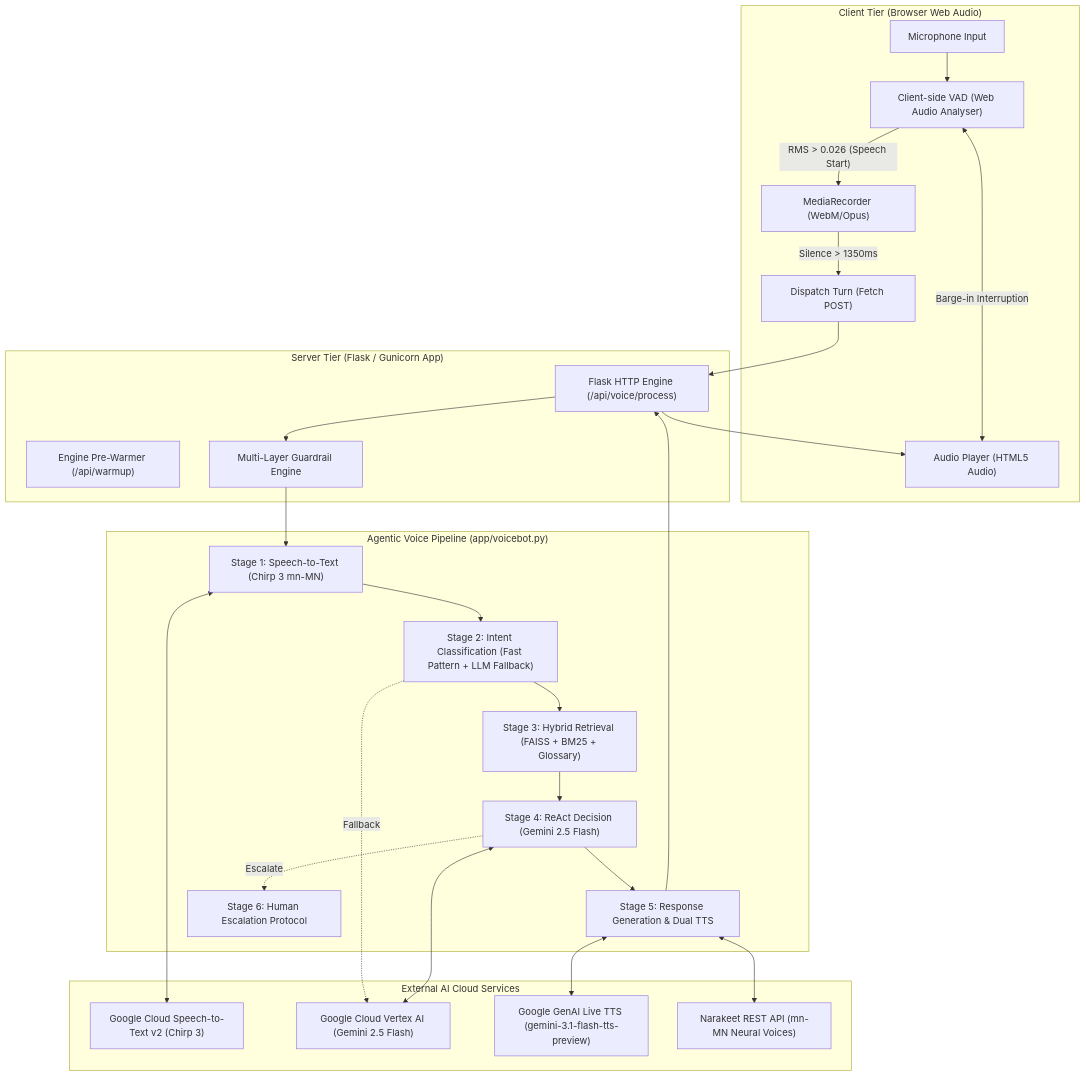
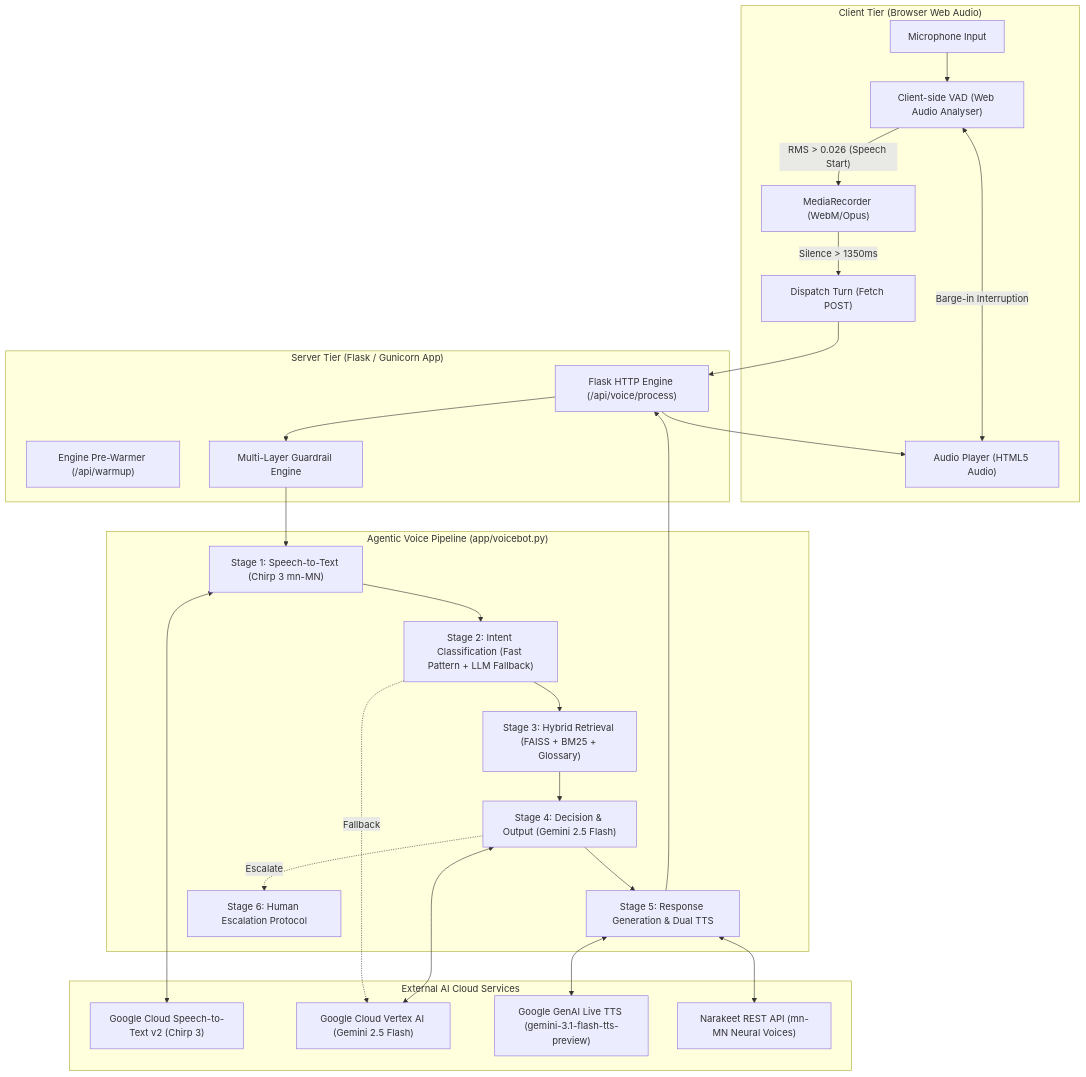
One commit to blossom143/Amirlan-MN-Voice-Agent changed the first of 4 diagrams in docs/ARCHITECTURE.md. Above: the diagram before and after it, drawn with Mermaid. The commit also changed other lines of this file and 12 other files, not shown here.

````diff
--- a/docs/ARCHITECTURE.md
+++ b/docs/ARCHITECTURE.md
@@ -7,47 +7,47 @@
 ```mermaid
 graph TD
     subgraph Client ["Client Tier (Browser Web Audio)"]
         Mic["Microphone Input"] --> VAD["Client-side VAD (Web Audio Analyser)"]
         VAD -->|"RMS > 0.026 (Speech Start)"| REC["MediaRecorder (WebM/Opus)"]
         REC -->|"Silence > 1350ms"| DISPATCH["Dispatch Turn (Fetch POST)"]
         AUDIO_PLAY["Audio Player (HTML5 Audio)"] <-->|"Barge-in Interruption"| VAD
     end
 
     subgraph Server ["Server Tier (Flask / Gunicorn App)"]
         API["Flask HTTP Engine (/api/voice/process)"]
         WARMUP["Engine Pre-Warmer (/api/warmup)"]
         GUARD["Multi-Layer Guardrail Engine"]
     end
 
     subgraph Pipeline ["Agentic Voice Pipeline (app/voicebot.py)"]
         S1["Stage 1: Speech-to-Text (Chirp 3 mn-MN)"]
         S2["Stage 2: Intent Classification (Fast Pattern + LLM Fallback)"]
         S3["Stage 3: Hybrid Retrieval (FAISS + BM25 + Glossary)"]
-        S4["Stage 4: ReAct Decision (Gemini 2.5 Flash)"]
+        S4["Stage 4: Decision & Output (Gemini 2.5 Flash)"]
         S5["Stage 5: Response Generation & Dual TTS"]
         S6["Stage 6: Human Escalation Protocol"]
     end
 
     subgraph Cloud ["External AI Cloud Services"]
         GCP_STT["Google Cloud Speech-to-Text v2 (Chirp 3)"]
         VERTEX_LLM["Google Cloud Vertex AI (Gemini 2.5 Flash)"]
         GEMINI_TTS["Google GenAI Live TTS (gemini-3.1-flash-tts-preview)"]
         NARAKEET_TTS["Narakeet REST API (mn-MN Neural Voices)"]
     end
 
     DISPATCH --> API
     API --> GUARD
     GUARD --> S1
     S1 <--> GCP_STT
     S1 --> S2
     S2 -.->|"Fallback"| VERTEX_LLM
     S2 --> S3
     S3 --> S4
     S4 <--> VERTEX_LLM
     S4 --> S5
     S4 -.->|"Escalate"| S6
     S5 <--> GEMINI_TTS
     S5 <--> NARAKEET_TTS
     S5 --> API
     API --> AUDIO_PLAY
 ```
````
